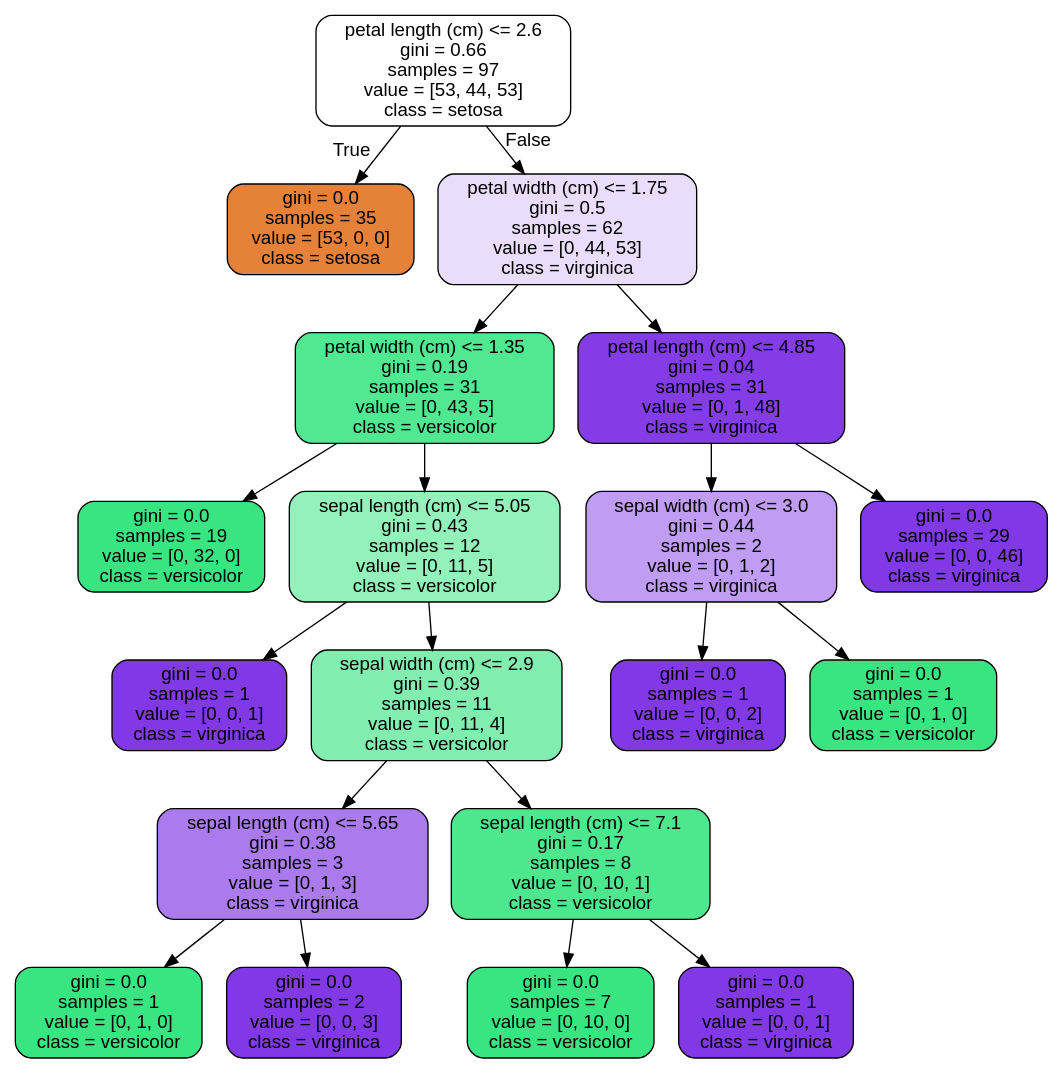
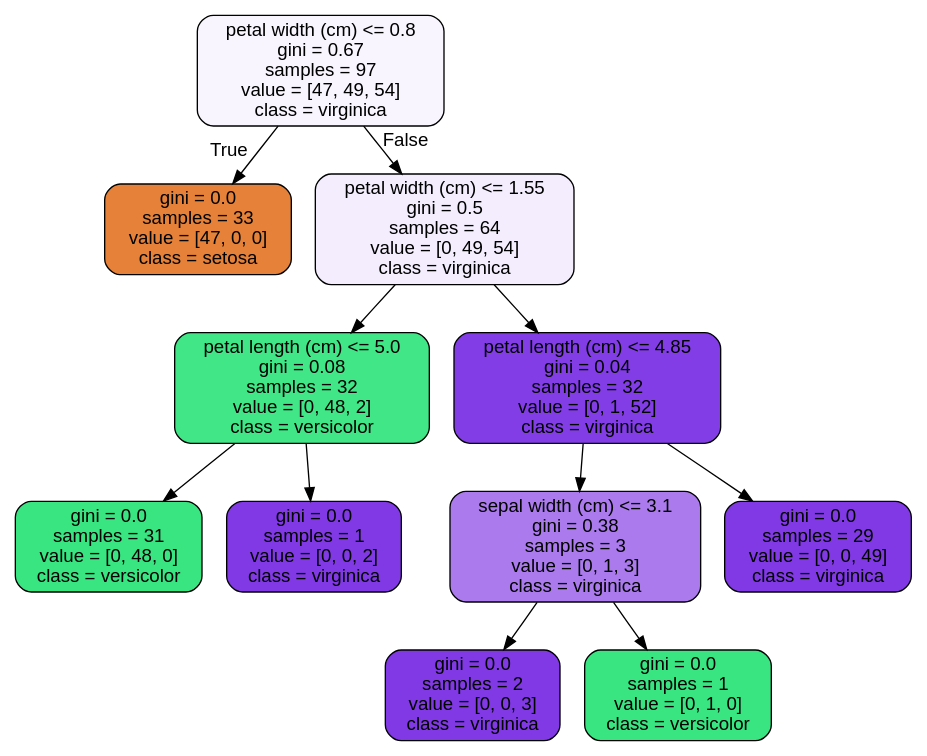
The diagram in Random_Forest/RandomForest Covid Case Study_06302020/tree.dot (gnye8/SpringBoard_Projects), drawn with Graphviz before and after one commit. The commit also changed 2 other files, not shown here.

```diff
--- a/Random_Forest/RandomForest Covid Case Study_06302020/tree.dot
+++ b/Random_Forest/RandomForest Covid Case Study_06302020/tree.dot
@@ -1,41 +1,25 @@
 digraph Tree {
 node [shape=box, style="filled, rounded", color="black", fontname="helvetica"] ;
 edge [fontname="helvetica"] ;
-0 [label="petal length (cm) <= 2.6\ngini = 0.66\nsamples = 97\nvalue = [53, 44, 53]\nclass = setosa", fillcolor="#ffffff"] ;
-1 [label="gini = 0.0\nsamples = 35\nvalue = [53, 0, 0]\nclass = setosa", fillcolor="#e58139"] ;
+0 [label="petal width (cm) <= 0.8\ngini = 0.67\nsamples = 97\nvalue = [47, 49, 54]\nclass = virginica", fillcolor="#f9f5fe"] ;
+1 [label="gini = 0.0\nsamples = 33\nvalue = [47, 0, 0]\nclass = setosa", fillcolor="#e58139"] ;
 0 -> 1 [labeldistance=2.5, labelangle=45, headlabel="True"] ;
-2 [label="petal width (cm) <= 1.75\ngini = 0.5\nsamples = 62\nvalue = [0, 44, 53]\nclass = virginica", fillcolor="#eaddfb"] ;
+2 [label="petal width (cm) <= 1.55\ngini = 0.5\nsamples = 64\nvalue = [0, 49, 54]\nclass = virginica", fillcolor="#f3edfd"] ;
 0 -> 2 [labeldistance=2.5, labelangle=-45, headlabel="False"] ;
-3 [label="petal width (cm) <= 1.35\ngini = 0.19\nsamples = 31\nvalue = [0, 43, 5]\nclass = versicolor", fillcolor="#50e890"] ;
+3 [label="petal length (cm) <= 5.0\ngini = 0.08\nsamples = 32\nvalue = [0, 48, 2]\nclass = versicolor", fillcolor="#41e686"] ;
 2 -> 3 ;
-4 [label="gini = 0.0\nsamples = 19\nvalue = [0, 32, 0]\nclass = versicolor", fillcolor="#39e581"] ;
+4 [label="gini = 0.0\nsamples = 31\nvalue = [0, 48, 0]\nclass = versicolor", fillcolor="#39e581"] ;
 3 -> 4 ;
-5 [label="sepal length (cm) <= 5.05\ngini = 0.43\nsamples = 12\nvalue = [0, 11, 5]\nclass = versicolor", fillcolor="#93f1ba"] ;
+5 [label="gini = 0.0\nsamples = 1\nvalue = [0, 0, 2]\nclass = virginica", fillcolor="#8139e5"] ;
 3 -> 5 ;
-6 [label="gini = 0.0\nsamples = 1\nvalue = [0, 0, 1]\nclass = virginica", fillcolor="#8139e5"] ;
-5 -> 6 ;
-7 [label="sepal width (cm) <= 2.9\ngini = 0.39\nsamples = 11\nvalue = [0, 11, 4]\nclass = versicolor", fillcolor="#81eeaf"] ;
-5 -> 7 ;
-8 [label="sepal length (cm) <= 5.65\ngini = 0.38\nsamples = 3\nvalue = [0, 1, 3]\nclass = virginica", fillcolor="#ab7bee"] ;
+6 [label="petal length (cm) <= 4.85\ngini = 0.04\nsamples = 32\nvalue = [0, 1, 52]\nclass = virginica", fillcolor="#833de6"] ;
+2 -> 6 ;
+7 [label="sepal width (cm) <= 3.1\ngini = 0.38\nsamples = 3\nvalue = [0, 1, 3]\nclass = virginica", fillcolor="#ab7bee"] ;
+6 -> 7 ;
+8 [label="gini = 0.0\nsamples = 2\nvalue = [0, 0, 3]\nclass = virginica", fillcolor="#8139e5"] ;
 7 -> 8 ;
 9 [label="gini = 0.0\nsamples = 1\nvalue = [0, 1, 0]\nclass = versicolor", fillcolor="#39e581"] ;
-8 -> 9 ;
-10 [label="gini = 0.0\nsamples = 2\nvalue = [0, 0, 3]\nclass = virginica", fillcolor="#8139e5"] ;
-8 -> 10 ;
-11 [label="sepal length (cm) <= 7.1\ngini = 0.17\nsamples = 8\nvalue = [0, 10, 1]\nclass = versicolor", fillcolor="#4de88e"] ;
-7 -> 11 ;
-12 [label="gini = 0.0\nsamples = 7\nvalue = [0, 10, 0]\nclass = versicolor", fillcolor="#39e581"] ;
-11 -> 12 ;
-13 [label="gini = 0.0\nsamples = 1\nvalue = [0, 0, 1]\nclass = virginica", fillcolor="#8139e5"] ;
-11 -> 13 ;
-14 [label="petal length (cm) <= 4.85\ngini = 0.04\nsamples = 31\nvalue = [0, 1, 48]\nclass = virginica", fillcolor="#843de6"] ;
-2 -> 14 ;
-15 [label="sepal width (cm) <= 3.0\ngini = 0.44\nsamples = 2\nvalue = [0, 1, 2]\nclass = virginica", fillcolor="#c09cf2"] ;
-14 -> 15 ;
-16 [label="gini = 0.0\nsamples = 1\nvalue = [0, 0, 2]\nclass = virginica", fillcolor="#8139e5"] ;
-15 -> 16 ;
-17 [label="gini = 0.0\nsamples = 1\nvalue = [0, 1, 0]\nclass = versicolor", fillcolor="#39e581"] ;
-15 -> 17 ;
-18 [label="gini = 0.0\nsamples = 29\nvalue = [0, 0, 46]\nclass = virginica", fillcolor="#8139e5"] ;
-14 -> 18 ;
+7 -> 9 ;
+10 [label="gini = 0.0\nsamples = 29\nvalue = [0, 0, 49]\nclass = virginica", fillcolor="#8139e5"] ;
+6 -> 10 ;
 }
```
